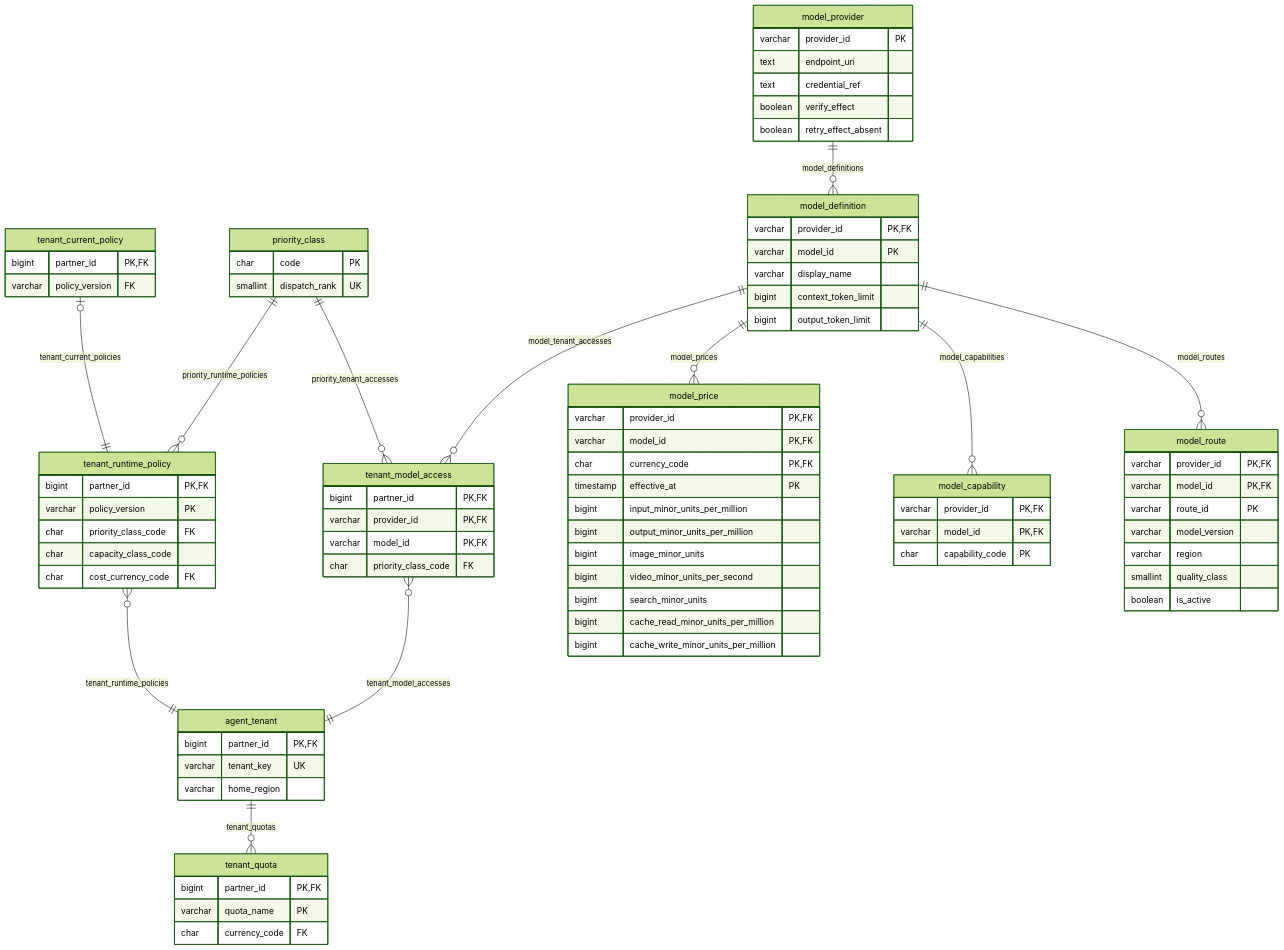
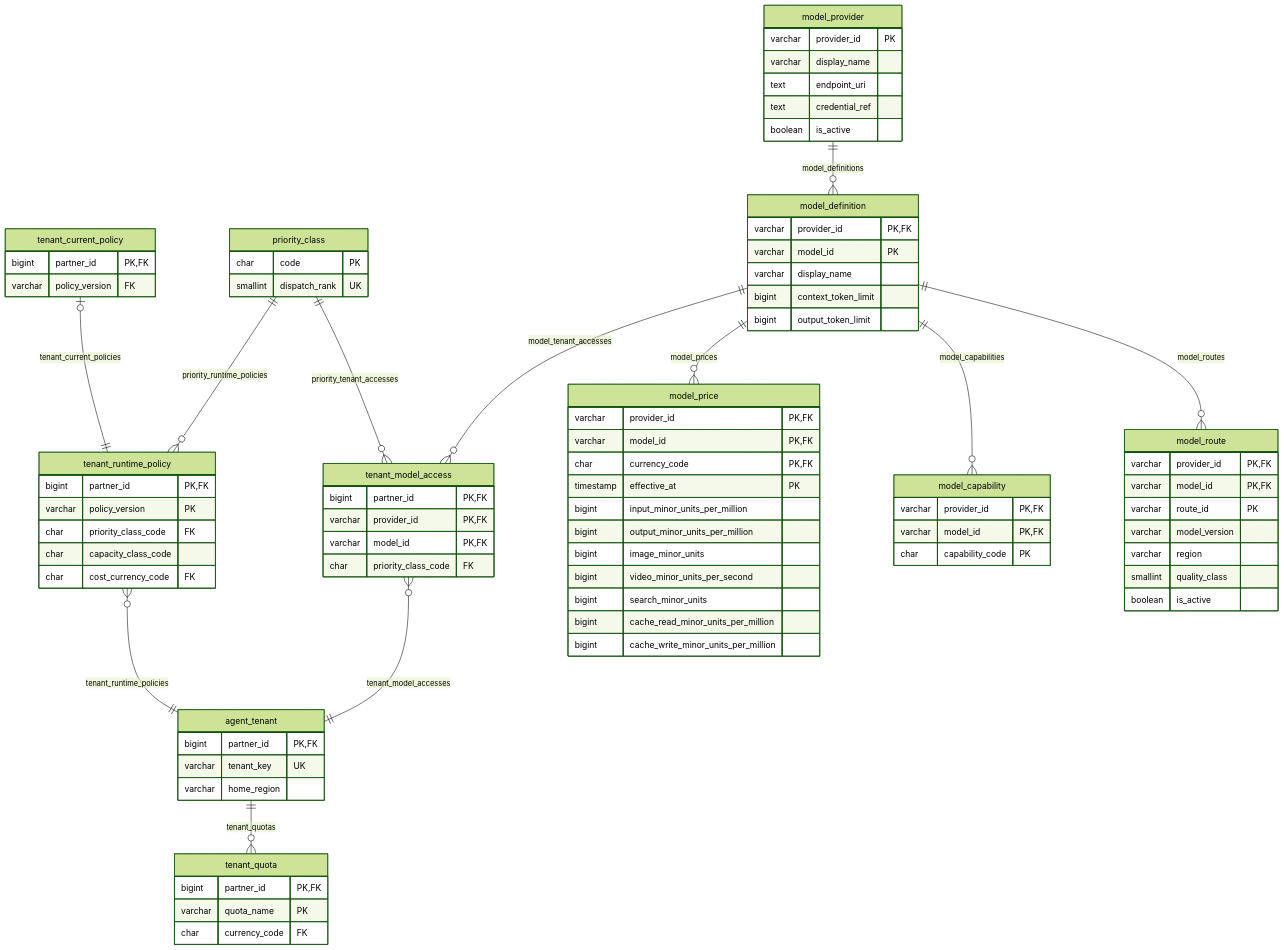
Before and after one commit to nauticana/scout: the third of 24 diagrams in doc/database.md, drawn with Mermaid (forest theme). The commit also changed other lines of this file and 84 other files, not shown here.

```diff
--- a/doc/database.md
+++ b/doc/database.md
@@ -562,10 +568,10 @@
     }
     model_provider {
         varchar provider_id PK
+        varchar display_name
         text endpoint_uri
         text credential_ref
-        boolean verify_effect
-        boolean retry_effect_absent
+        boolean is_active
     }
     model_definition {
         varchar provider_id PK,FK
```
